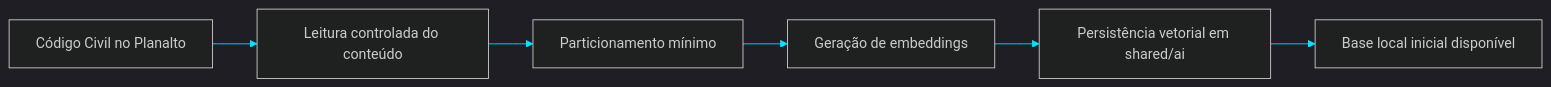
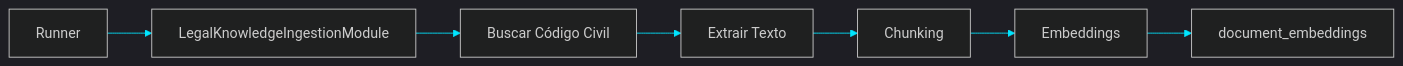
Before and after one commit to matheusdiamantino-betalent/questions-ai: the diagram in PR 34 — Fase 2: Base Local Inicial de Conhecimento no Shared AI Runtime.md, drawn with Mermaid. The commit also changed other lines of this file, not shown here.

Commit message:
Update PR 34 — Fase 2: Base Local Inicial de Conhecimento no Shared AI Runtime.md

````diff
--- a/PR 34 — Fase 2: Base Local Inicial de Conhecimento no Shared AI Runtime.md
+++ b/PR 34 — Fase 2: Base Local Inicial de Conhecimento no Shared AI Runtime.md
@@ -107,9 +108,10 @@
 ```mermaid
 %%{init: {'theme':'dark','themeVariables':{'primaryColor':'#0f172a','primaryTextColor':'#e5e7eb','primaryBorderColor':'#39ff14','lineColor':'#00e5ff','secondaryColor':'#111827','tertiaryColor':'#111827'}}}%%
 flowchart LR
-    A["Código Civil no Planalto"] --> B["Leitura controlada do conteúdo"]
-    B --> C["Particionamento mínimo"]
-    C --> D["Geração de embeddings"]
-    D --> E["Persistência vetorial em shared/ai"]
-    E --> F["Base local inicial disponível"]
+    A[Runner] --> B[LegalKnowledgeIngestionModule]
+    B --> C[Buscar Código Civil]
+    C --> D[Extrair Texto]
+    D --> E[Chunking]
+    E --> F[Embeddings]
+    F --> G[document_embeddings]
 ```
````
